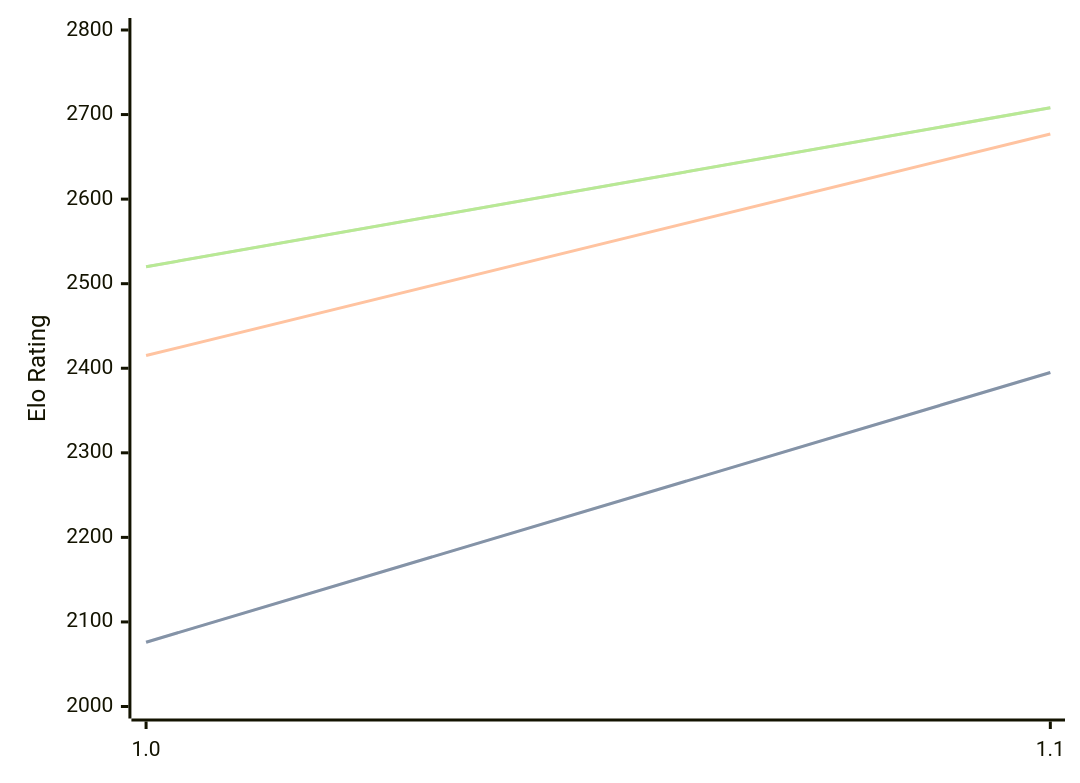
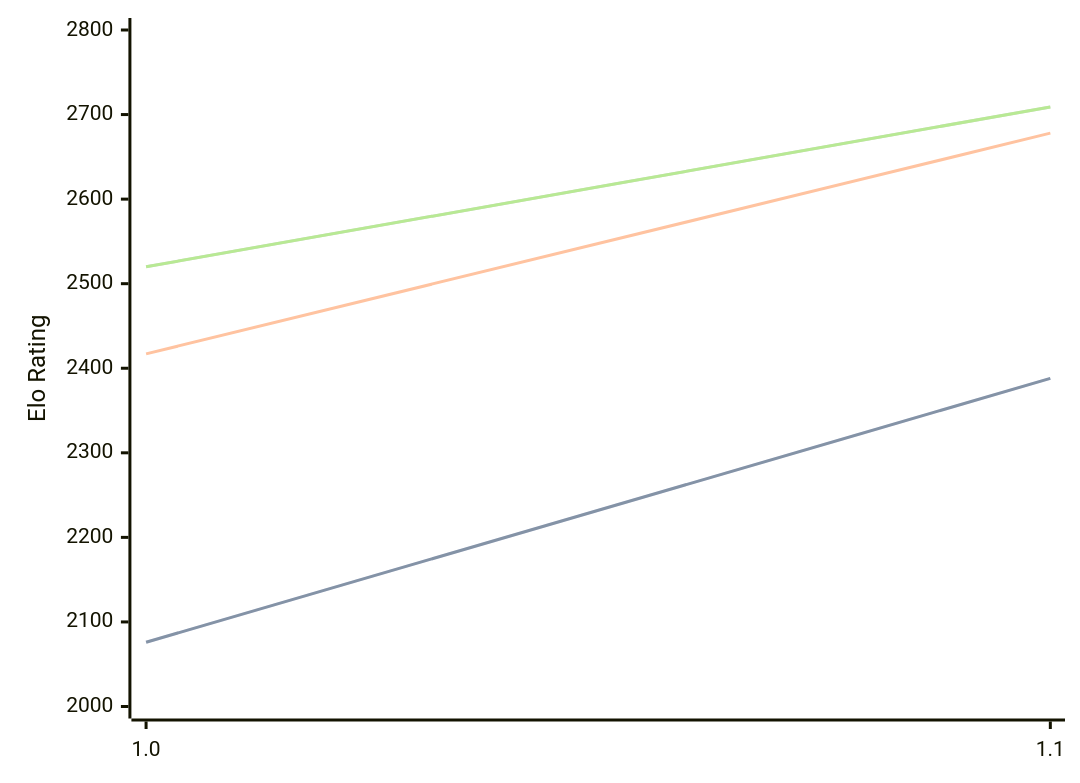
One commit to computer-chess-index/cci changed the diagram in engines/Erinn.md. Above: the diagram before and after it, drawn with Mermaid. The commit also changed other lines of this file, not shown here.

Commit message:
Update CCI Ratings (ELO VLTC) - 2026-07-23

````diff
--- a/engines/Erinn.md
+++ b/engines/Erinn.md
@@ -32,11 +32,11 @@
 ```mermaid
 %%{init: {"theme":"base","themeVariables":{"seriesColors:['#a3a3a3','#222221','#faa371']}}}%%
 xychart-beta
   x-axis ["1.0", "1.1"]
   y-axis "Elo Rating" 2000 --> 2800
-  line "STC (8.0+0.08s)" [2076, 2395]
-  line "STC (8.0+0.08s)" [2076, 2395]
-  line "LTC (60.0+0.60s)" [2415, 2677]
-  line "VLTC (2m24s+1.12s)" [2520, 2708]
-  line "VLTC (2m24s+1.12s)" [2520, 2708]
+  line "STC (8.0+0.08s)" [2076, 2388]
+  line "STC (8.0+0.08s)" [2076, 2388]
+  line "LTC (60.0+0.60s)" [2417, 2678]
+  line "VLTC (2m24s+1.12s)" [2520, 2709]
+  line "VLTC (2m24s+1.12s)" [2520, 2709]
 ```
````
